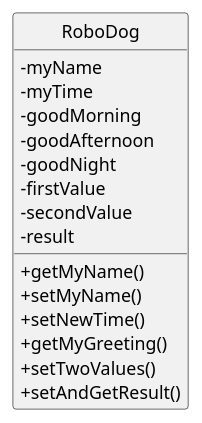
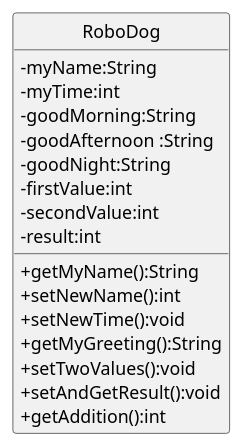
The diagram in 06_robo_dog/06_robo_dog/class.pu (takata88/ohara_uml), drawn with PlantUML before and after one commit.

```diff
--- a/06_robo_dog/06_robo_dog/class.pu
+++ b/06_robo_dog/06_robo_dog/class.pu
@@ -1,23 +1,24 @@
 @startuml Robodogクラス図
 skinparam classAttributeIconSize 0
 hide circle
 
 class RoboDog {
- -myName
- -myTime
- -goodMorning
- -goodAfternoon 
- -goodNight
- -firstValue
- -secondValue
- -result
+ -myName:String
+ -myTime:int
+ -goodMorning:String
+ -goodAfternoon :String
+ -goodNight:String
+ -firstValue:int
+ -secondValue:int
+ -result:int
 
- +getMyName()
- +setMyName()
- +setNewTime()
- +getMyGreeting()
- +setTwoValues()
- +setAndGetResult()
+ +getMyName():String
+ +setNewName():int
+ +setNewTime():void
+ +getMyGreeting():String
+ +setTwoValues():void
+ +setAndGetResult():void
+ +getAddition():int
 }
 
 @enduml
```
